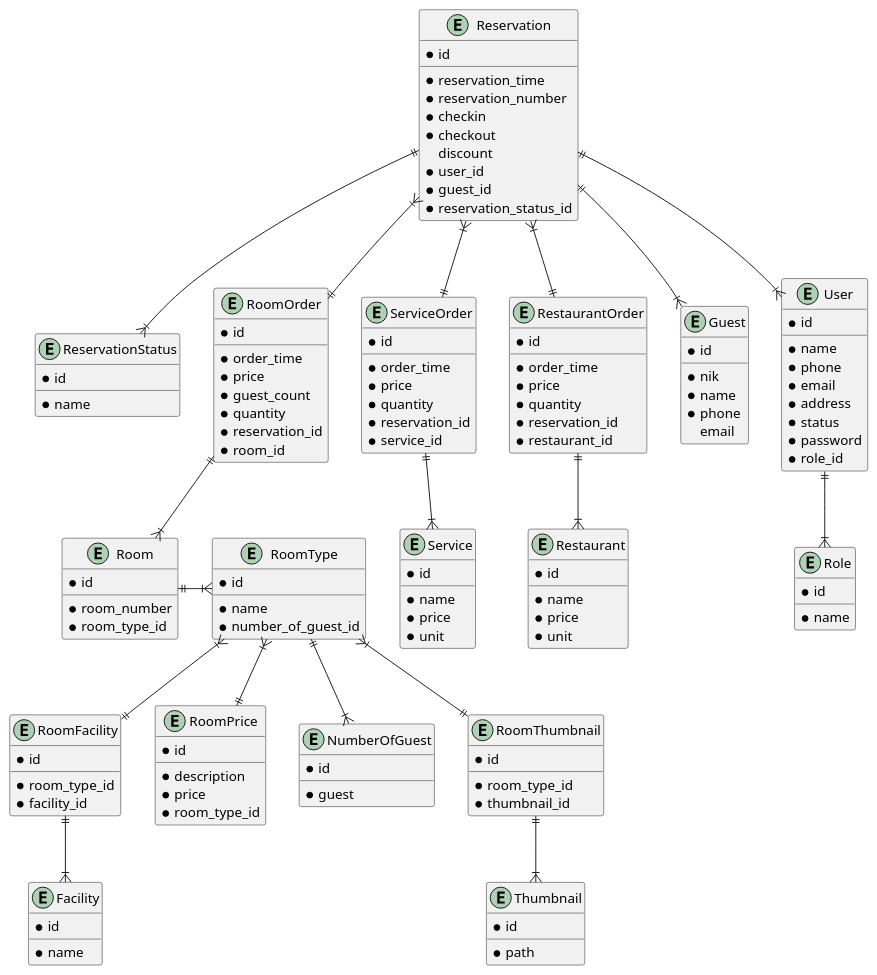
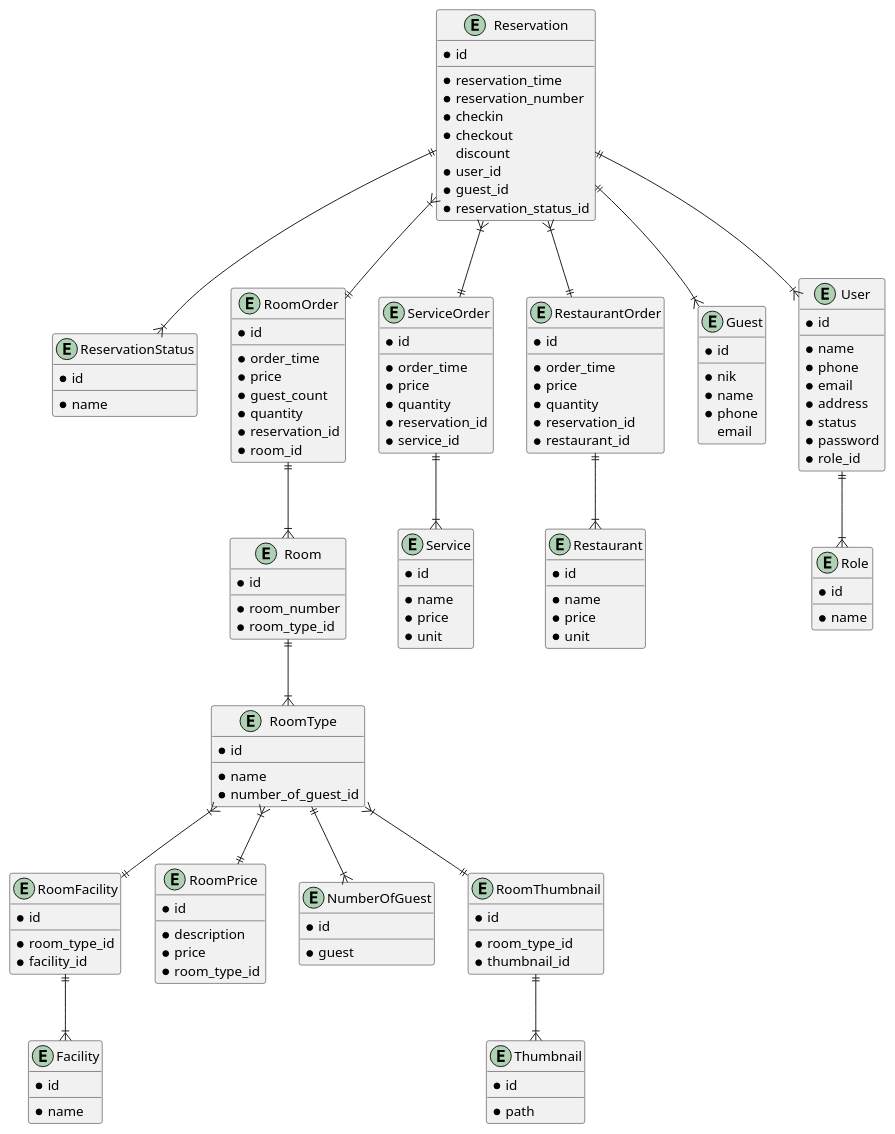
Before and after one commit to MuhammadIqbalAfandi/semuwainn: the diagram in designs/diagrams/database.puml, drawn with PlantUML. The commit also changed 12 other files, not shown here.

```diff
--- a/designs/diagrams/database.puml
+++ b/designs/diagrams/database.puml
@@ -1,167 +1,167 @@
 @startuml Semuwainn
   entity Reservation {
     * id
     __
     * reservation_time
     * reservation_number
     * checkin
     * checkout
     discount
     * user_id
     * guest_id
     * reservation_status_id
   }
 
   entity ReservationStatus {
     * id
     __
     * name
   }
 
   entity RoomOrder {
     * id
     __
     * order_time
     * price
     * guest_count
     * quantity
     * reservation_id
     * room_id
   }
 
   entity ServiceOrder {
     * id
     __
     * order_time
     * price
     * quantity
     * reservation_id
     * service_id
   }
 
   entity Service {
     * id
     __
     * name
     * price
     * unit
   }
 
     entity RestaurantOrder {
     * id
     __
     * order_time
     * price
     * quantity
     * reservation_id
     * restaurant_id
   }
 
   entity Restaurant {
     * id
     __
     * name
     * price
     * unit
   }
 
   entity Guest {
     * id
     __
     * nik
     * name
     * phone
     email
   }
 
   entity User {
     * id
     __
     * name
     * phone
     * email
     * address
     * status
     * password
     * role_id
   }
 
   entity Role {
     * id
     __
     * name
   }
 
   entity RoomFacility {
     * id
     __
     * room_type_id
     * facility_id
   }
 
   entity Room {
     * id
     __
     * room_number
     * room_type_id
   }
 
   entity RoomType {
     * id
     __
     * name
     * number_of_guest_id
   }
 
   entity RoomPrice {
     * id
     __
     * description
     * price
     * room_type_id
   }
 
   entity Facility {
     * id
     __
     * name
   }
 
   entity NumberOfGuest {
     * id
     __
     * guest
   }
 
   entity RoomThumbnail {
     * id
     __
     * room_type_id
     * thumbnail_id
   }
 
   entity Thumbnail {
     * id
     __
     * path
   }
 
   Reservation ||--|{ ReservationStatus
   Reservation }|--|| RestaurantOrder
   Reservation }|--|| ServiceOrder
   Reservation ||--|{ User
   Reservation ||--|{ Guest
   Reservation }|--|| RoomOrder
   RoomOrder ||--|{ Room
-  Room ||-|{ RoomType
+  Room ||--|{ RoomType
   RoomType }|--|| RoomPrice
   RoomType }|--|| RoomFacility
   RoomType ||--|{ NumberOfGuest
   RoomType }|--|| RoomThumbnail
   RoomFacility ||--|{ Facility
   RoomThumbnail ||--|{ Thumbnail
   ServiceOrder ||--|{ Service
   RestaurantOrder ||--|{ Restaurant
   User ||--|{ Role
 
 @enduml
```
